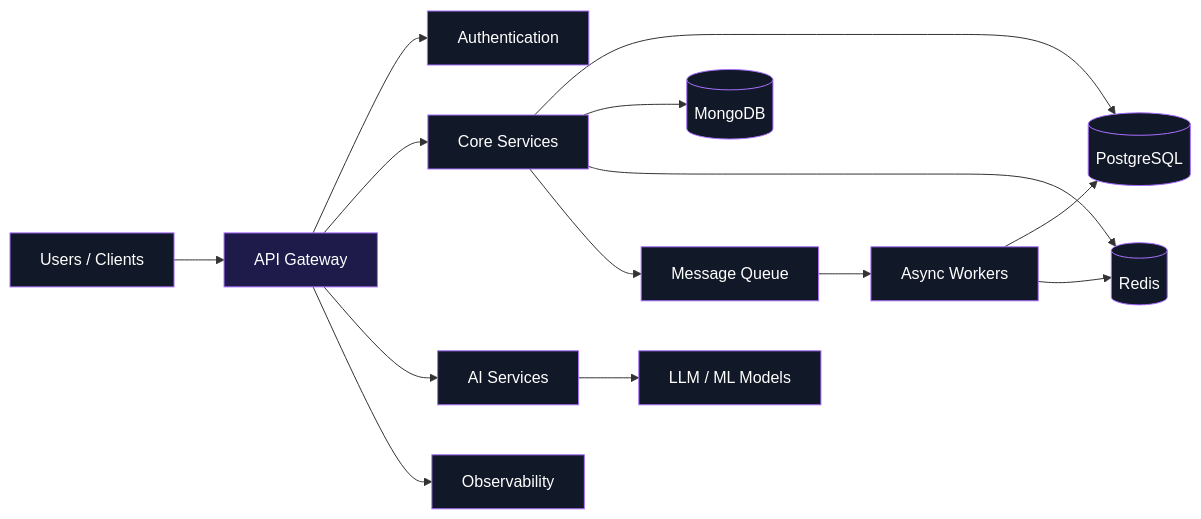
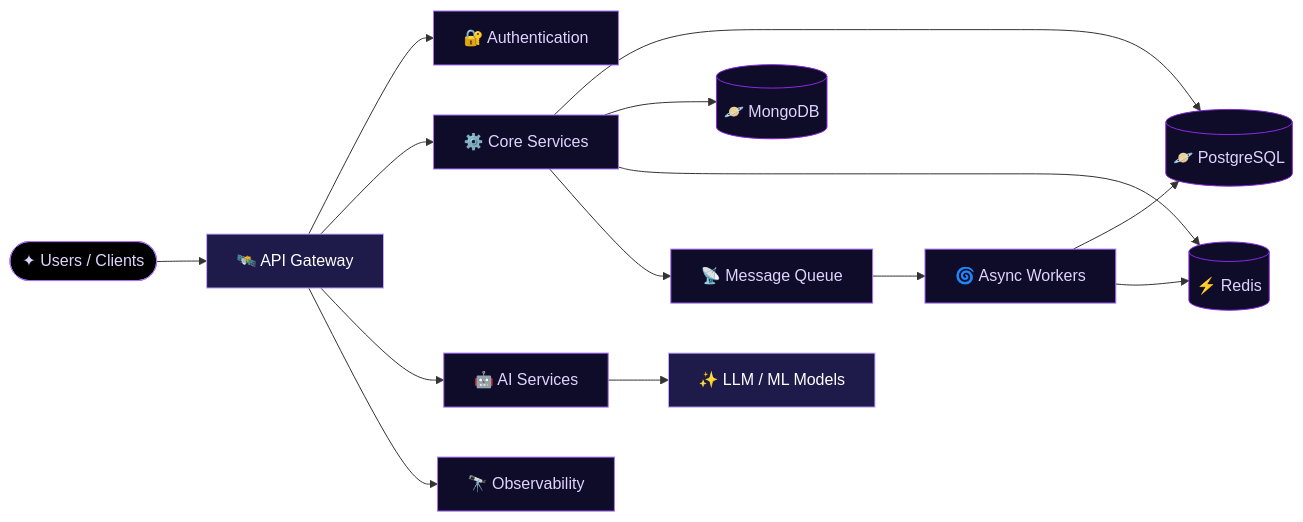
The diagram in README.md (Podmaraj/Podmaraj), drawn with Mermaid before and after one commit. The commit also changed other lines of this file, not shown here.

````diff
--- a/README.md
+++ b/README.md
@@ -116,37 +120,35 @@
 ```mermaid
 flowchart LR
 
-    A[Users / Clients] --> B[API Gateway]
+    A(["✦ Users / Clients"]) --> B["🛰️ API Gateway"]
 
-    B --> C[Authentication]
-    B --> D[Core Services]
-    B --> E[AI Services]
+    B --> C["🔐 Authentication"]
+    B --> D["⚙️ Core Services"]
+    B --> E["🤖 AI Services"]
 
-    D --> F[(PostgreSQL)]
-    D --> G[(MongoDB)]
+    D --> F[("🪐 PostgreSQL")]
+    D --> G[("🪐 MongoDB")]
+    D --> H[("⚡ Redis")]
+    D --> I["📡 Message Queue"]
 
-    D --> H[(Redis)]
-    D --> I[Message Queue]
-
-    I --> J[Async Workers]
-
-    E --> K[LLM / ML Models]
+    I --> J["🌀 Async Workers"]
+    E --> K["✨ LLM / ML Models"]
 
     J --> F
     J --> H
 
-    B --> L[Observability]
+    B --> L["🔭 Observability"]
 
-    style A fill:#111827,stroke:#A970FF,color:#fff
-    style B fill:#1E1B4B,stroke:#A970FF,color:#fff
-    style C fill:#111827,stroke:#A970FF,color:#fff
-    style D fill:#111827,stroke:#A970FF,color:#fff
-    style E fill:#111827,stroke:#A970FF,color:#fff
-    style F fill:#111827,stroke:#A970FF,color:#fff
-    style G fill:#111827,stroke:#A970FF,color:#fff
-    style H fill:#111827,stroke:#A970FF,color:#fff
-    style I fill:#111827,stroke:#A970FF,color:#fff
-    style J fill:#111827,stroke:#A970FF,color:#fff
-    style K fill:#111827,stroke:#A970FF,color:#fff
-    style L fill:#111827,stroke:#A970FF,color:#fff
+    style A fill:#000000,stroke:#A970FF,color:#E0D4FF
+    style B fill:#1E1B4B,stroke:#C9A9FF,color:#fff
+    style C fill:#0F0C29,stroke:#A970FF,color:#E0D4FF
+    style D fill:#0F0C29,stroke:#A970FF,color:#E0D4FF
+    style E fill:#0F0C29,stroke:#A970FF,color:#E0D4FF
+    style F fill:#0F0C29,stroke:#8A2BE2,color:#E0D4FF
+    style G fill:#0F0C29,stroke:#8A2BE2,color:#E0D4FF
+    style H fill:#0F0C29,stroke:#8A2BE2,color:#E0D4FF
+    style I fill:#0F0C29,stroke:#A970FF,color:#E0D4FF
+    style J fill:#0F0C29,stroke:#A970FF,color:#E0D4FF
+    style K fill:#1E1B4B,stroke:#C9A9FF,color:#fff
+    style L fill:#0F0C29,stroke:#A970FF,color:#E0D4FF
 ```
````
